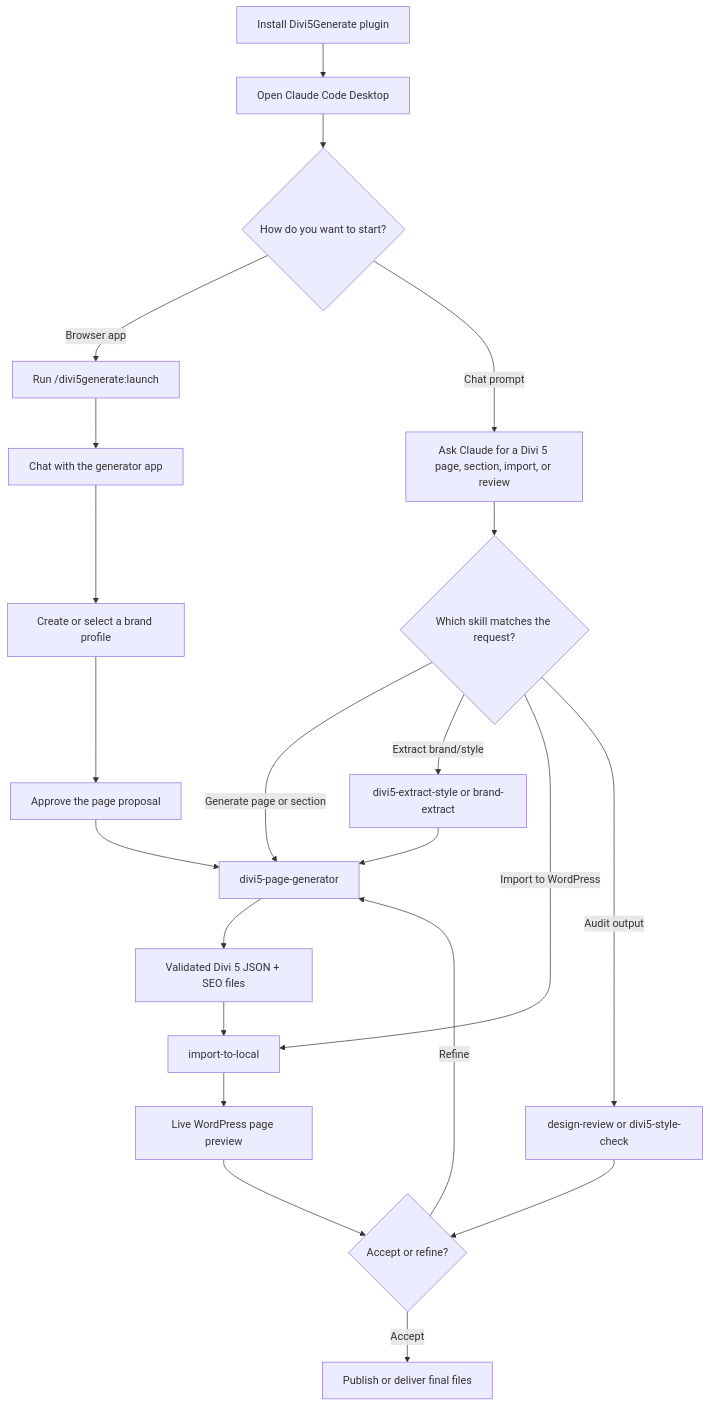
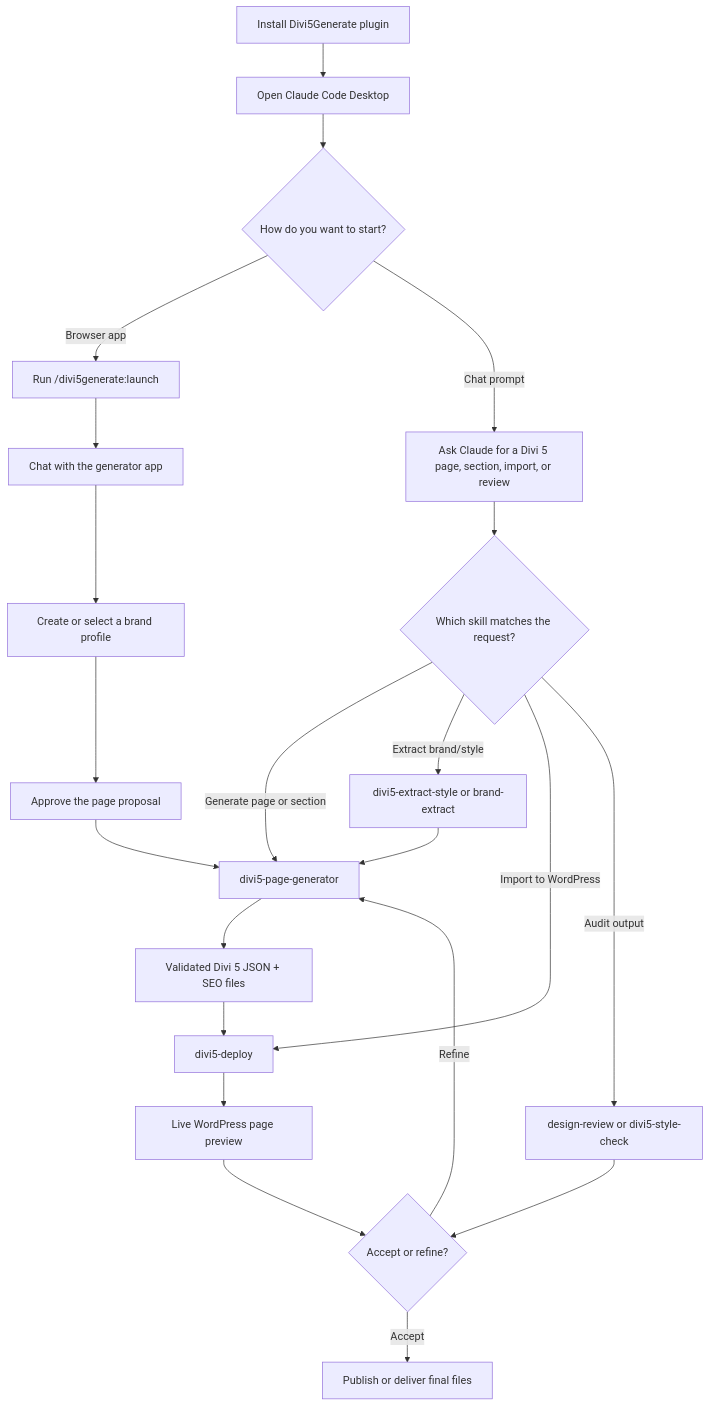
One commit to Kieransaunders/D5G changed the diagram in CLAUDE.md. Above: the diagram before and after it, drawn with Mermaid. The commit also changed other lines of this file and 14 other files, not shown here.

````diff
--- a/CLAUDE.md
+++ b/CLAUDE.md
@@ -32,28 +32,28 @@
 ```mermaid
 flowchart TD
     A[Install Divi5Generate plugin] --> B[Open Claude Code Desktop]
     B --> C{How do you want to start?}
 
     C -- Browser app --> D[Run /divi5generate:launch]
     C -- Chat prompt --> E[Ask Claude for a Divi 5 page, section, import, or review]
 
     D --> F[Chat with the generator app]
     F --> G[Create or select a brand profile]
     G --> H[Approve the page proposal]
 
     E --> I{Which skill matches the request?}
     I -- Generate page or section --> J[divi5-page-generator]
     I -- Extract brand/style --> K[divi5-extract-style or brand-extract]
-    I -- Import to WordPress --> L[import-to-local]
+    I -- Import to WordPress --> L[divi5-deploy]
     I -- Audit output --> M[design-review or divi5-style-check]
 
     H --> J
     K --> J
     J --> N[Validated Divi 5 JSON + SEO files]
     N --> L
     L --> O[Live WordPress page preview]
     O --> P{Accept or refine?}
     P -- Refine --> J
     P -- Accept --> Q[Publish or deliver final files]
     M --> P
 ```
````
